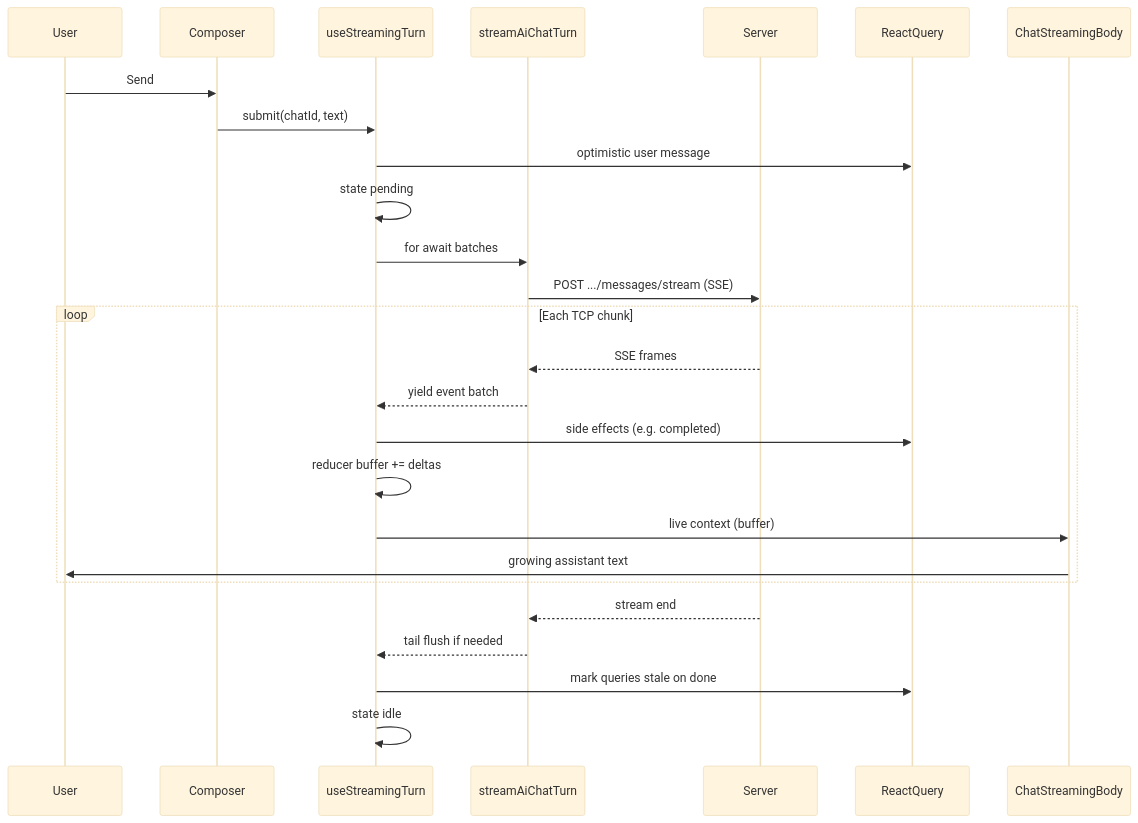
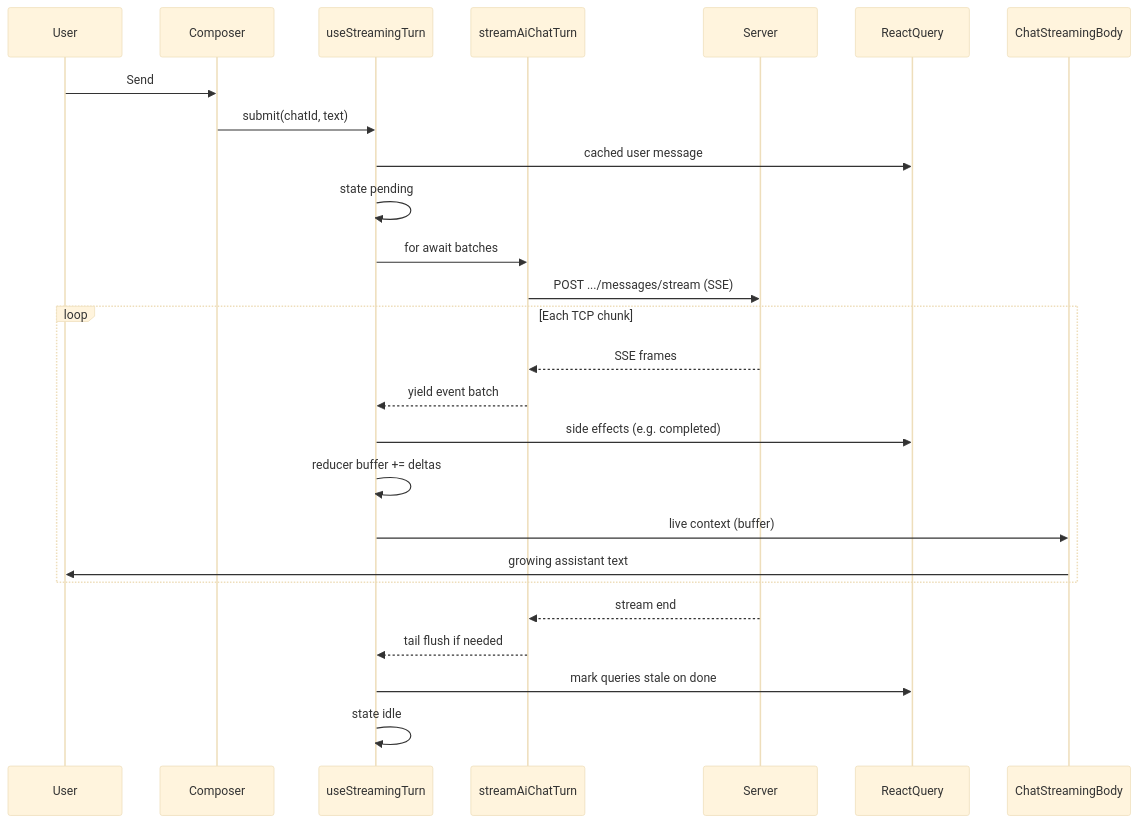
One commit to Netcracker/qubership-apihub-ui changed the first of 2 diagrams in packages/portal/src/components/AiAssistant/streaming/README.md. Above: the diagram before and after it, drawn with Mermaid (base theme). The commit also changed other lines of this file and 5 other files, not shown here.

Commit message:
refactor(ai-chat): align cached message naming in streaming turn

````diff
--- a/packages/portal/src/components/AiAssistant/streaming/README.md
+++ b/packages/portal/src/components/AiAssistant/streaming/README.md
@@ -46,29 +46,29 @@
 ```mermaid
 sequenceDiagram
   participant User
   participant Composer
   participant useStreamingTurn
   participant streamAiChatTurn
   participant Server
   participant ReactQuery
   participant ChatStreamingBody
 
   User->>Composer: Send
   Composer->>useStreamingTurn: submit(chatId, text)
-  useStreamingTurn->>ReactQuery: optimistic user message
+  useStreamingTurn->>ReactQuery: cached user message
   useStreamingTurn->>useStreamingTurn: state pending
   useStreamingTurn->>streamAiChatTurn: for await batches
   streamAiChatTurn->>Server: POST .../messages/stream (SSE)
   loop Each TCP chunk
     Server-->>streamAiChatTurn: SSE frames
     streamAiChatTurn-->>useStreamingTurn: yield event batch
     useStreamingTurn->>ReactQuery: side effects (e.g. completed)
     useStreamingTurn->>useStreamingTurn: reducer buffer += deltas
     useStreamingTurn->>ChatStreamingBody: live context (buffer)
     ChatStreamingBody->>User: growing assistant text
   end
   Server-->>streamAiChatTurn: stream end
   streamAiChatTurn-->>useStreamingTurn: tail flush if needed
   useStreamingTurn->>ReactQuery: mark queries stale on done
   useStreamingTurn->>useStreamingTurn: state idle
 ```
````
